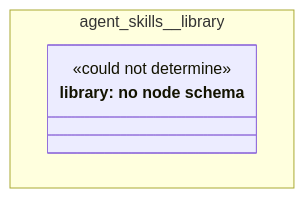
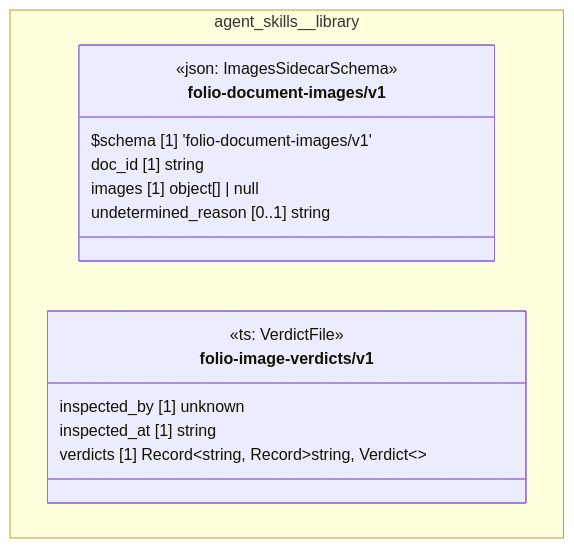
One commit to litlfred/folio-assistant changed the diagram in cat-harness/docs/uml/overview/agent-skills/library.md. Above: the diagram before and after it, drawn with Mermaid. The commit also changed other lines of this file and 220 other files, not shown here.

First line of the commit message:
quda: register node schemas for the graph kinds that had none

````diff
--- a/cat-harness/docs/uml/overview/agent-skills/library.md
+++ b/cat-harness/docs/uml/overview/agent-skills/library.md
@@ -12,11 +12,21 @@
 ```mermaid
 classDiagram
   direction TB
   namespace agent_skills__library {
-    class n_agent_skills_library_library["library: no node schema"] {
-      <<could not determine>>
+    class agent_skills_library_folio_document_images_v1_folio_document_images_v1["folio-document-images/v1"] {
+      <<json: ImagesSidecarSchema>>
+      $schema [1] 'folio-document-images/v1'
+      doc_id [1] string
+      images [1] object[] | null
+      undetermined_reason [0..1] string
+    }
+    class agent_skills_library_folio_image_verdicts_v1["folio-image-verdicts/v1"] {
+      <<ts: VerdictFile>>
+      inspected_by [1] unknown
+      inspected_at [1] string
+      verdicts [1] Record~string, Record~string, Verdict~~
     }
   }
-  cssClass "n_agent_skills_library_library" fa_uml_kind_library
-  cssClass "n_agent_skills_library_library" fa_uml_undetermined
+  cssClass "agent_skills_library_folio_document_images_v1_folio_document_images_v1" fa_uml_kind_library
+  cssClass "agent_skills_library_folio_image_verdicts_v1" fa_uml_kind_library
 ```
````
